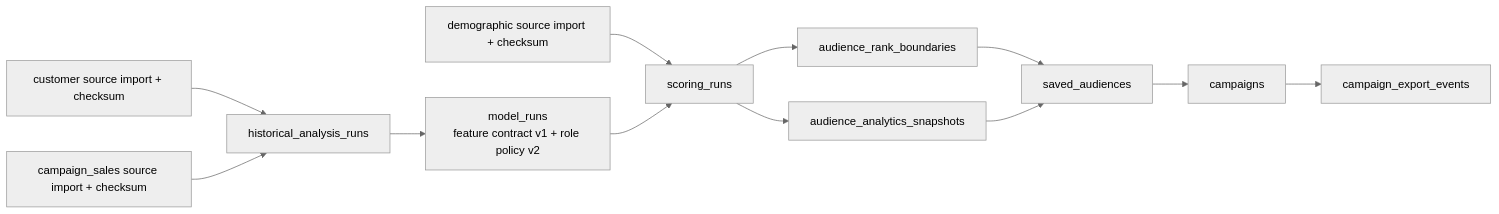
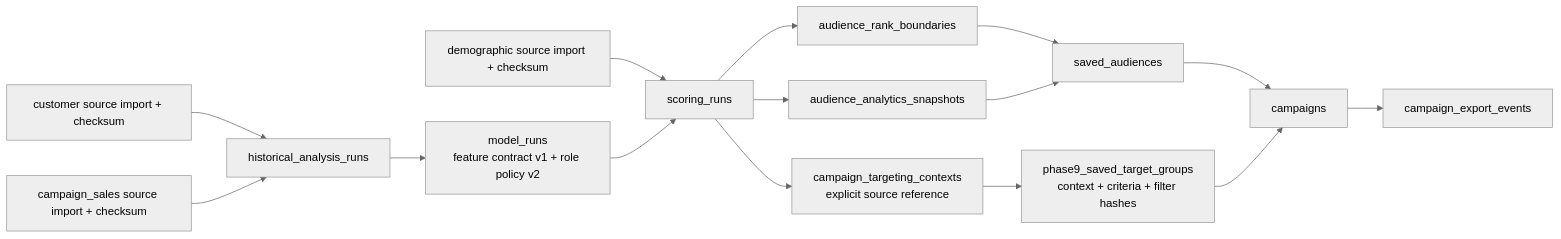
Before and after one commit to Kedar-Joshi07/Campaign-Implementation-Tool: the third of 4 diagrams in docs/evidence/README.md, drawn with Mermaid (neutral theme). The commit also changed other lines of this file and 27 other files, not shown here.

Commit message:
feat: close phase9 targeting and assurance gaps

````diff
--- a/docs/evidence/README.md
+++ b/docs/evidence/README.md
@@ -107,14 +127,17 @@
 ```mermaid
 flowchart LR
   CUST[customer source import + checksum] --> H2[historical_analysis_runs]
   CAMP[campaign_sales source import + checksum] --> H2
   H2 --> M3[model_runs\nfeature contract v1 + role policy v2]
   DEMO[demographic source import + checksum] --> S5[scoring_runs]
   M3 --> S5
   S5 --> R6[audience_rank_boundaries]
   S5 --> A6[audience_analytics_snapshots]
   R6 --> SA6[saved_audiences]
   A6 --> SA6
   SA6 --> C7[campaigns]
   C7 --> E7[campaign_export_events]
+  S5 --> CT9[campaign_targeting_contexts\nexplicit source reference]
+  CT9 --> TG9[phase9_saved_target_groups\ncontext + criteria + filter hashes]
+  TG9 --> C7
 ```
````
